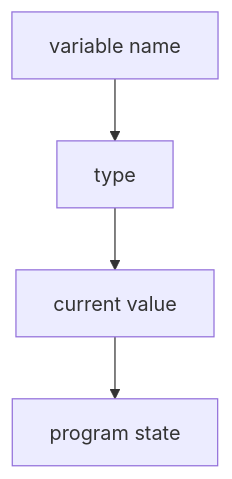
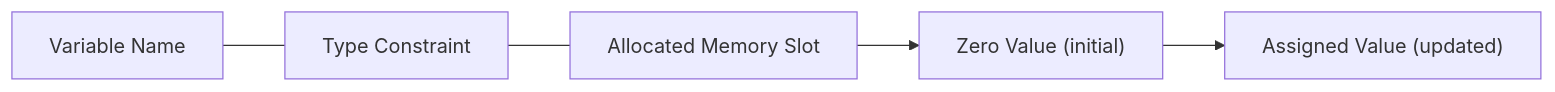
Before and after one commit to rasel9t6/the-go-engineer: the diagram in 02-language-basics/1-variables/README.md, drawn with Mermaid. The commit also changed other lines of this file and 36 other files, not shown here.

````diff
--- a/02-language-basics/1-variables/README.md
+++ b/02-language-basics/1-variables/README.md
@@ -25,6 +24,7 @@
 ```mermaid
-graph TD
-    A["variable name"] --> B["type"]
-    B --> C["current value"]
-    C --> D["program state"]
+graph LR
+    A["Variable Name"] --- B["Type Constraint"]
+    B --- C["Allocated Memory Slot"]
+    C --> D["Zero Value (initial)"]
+    D --> E["Assigned Value (updated)"]
 ```
````
